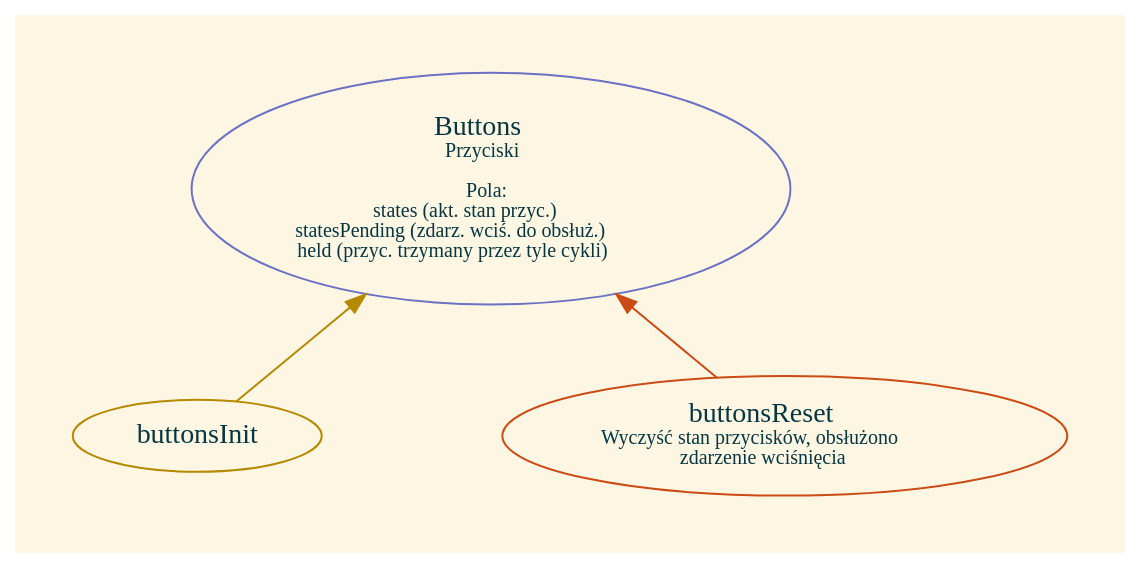
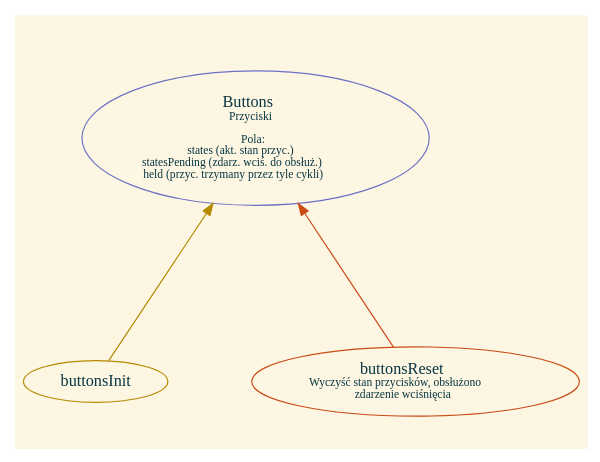
The diagram in z4/assets/g_buttons.dot (dgruszcz/pw-eiti-tm), drawn with Graphviz before and after one commit. The commit also changed 13 other files, not shown here.

Commit message:
Add graphs

```diff
--- a/z4/assets/g_buttons.dot
+++ b/z4/assets/g_buttons.dot
@@ -1,19 +1,21 @@
 digraph {
-    graph [pad="0.4", nodesep="1.25", bgcolor="#fdf6e3"]
+    ratio="fill";
+    size="4,3!";
+    graph [pad="0.1", nodesep="1", bgcolor="#fdf6e3"]
     node [color="#002b36", fontcolor="#073642"]
     edge [fontsize="10"]
     
     {
         rank="source";
         Buttons [label=<Buttons<BR /><FONT POINT-SIZE="10">Przyciski<BR /><BR />Pola:<BR />states (akt. stan przyc.)<BR />statesPending (zdarz. wciś. do obsłuż.)<BR />held (przyc. trzymany przez tyle cykli)</FONT>> color="#6c71c4"]
     }
     
     {
         buttonsInit [color="#b58900"]
         buttonsReset [label=<buttonsReset<BR /><FONT POINT-SIZE="10">Wyczyść stan przycisków, obsłużono<BR />zdarzenie wciśnięcia</FONT>>, color="#cb4b16"]
     }
     
     buttonsInit -> Buttons [color="#b58900"]
     buttonsReset -> Buttons [color="#cb4b16"]
     
 }
```
